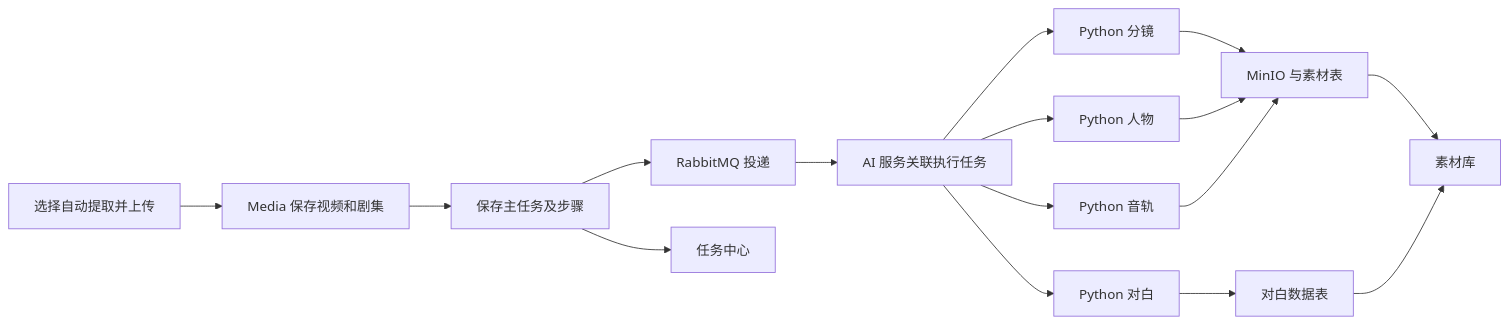
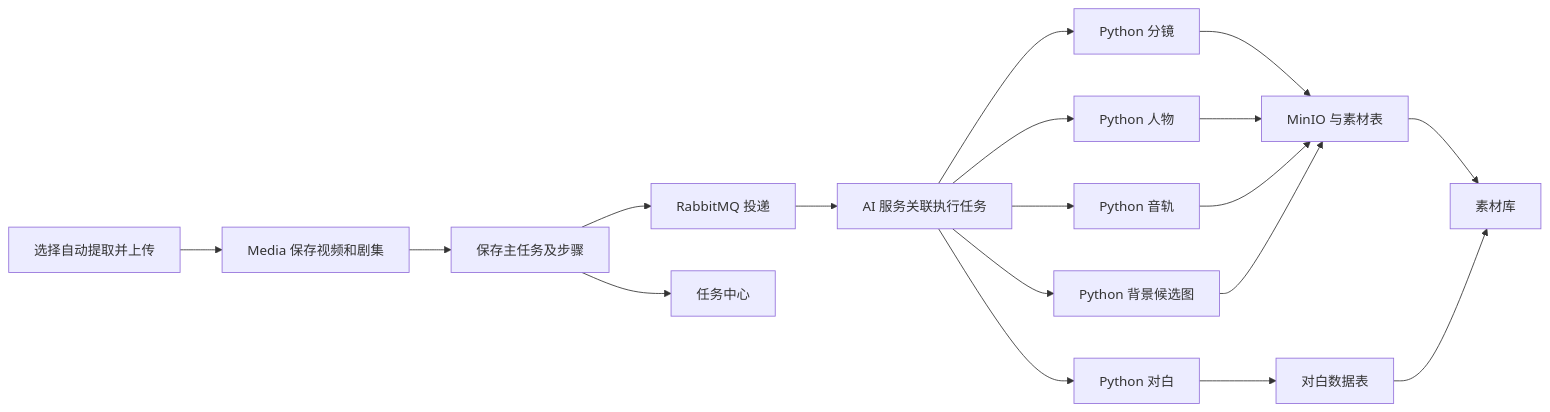
Before and after one commit to xiyeeee/video-asset-server: the diagram in docs/extraction-workflow.md, drawn with Mermaid. The commit also changed other lines of this file and 19 other files, not shown here.

````diff
--- a/docs/extraction-workflow.md
+++ b/docs/extraction-workflow.md
@@ -7,18 +7,20 @@
 ```mermaid
 flowchart LR
     U[选择自动提取并上传] --> M[Media 保存视频和剧集]
     M --> DB[保存主任务及步骤]
     DB --> R[RabbitMQ 投递]
     R --> W[AI 服务关联执行任务]
     W --> H[Python 分镜]
     W --> C[Python 人物]
     W --> A[Python 音轨]
     W --> D[Python 对白]
+    W --> B[Python 背景候选图]
     H --> S[MinIO 与素材表]
     C --> S[MinIO 与素材表]
     A --> S
     D --> Q[对白数据表]
+    B --> S
     DB --> T[任务中心]
     S --> L[素材库]
     Q --> L
 ```
````
